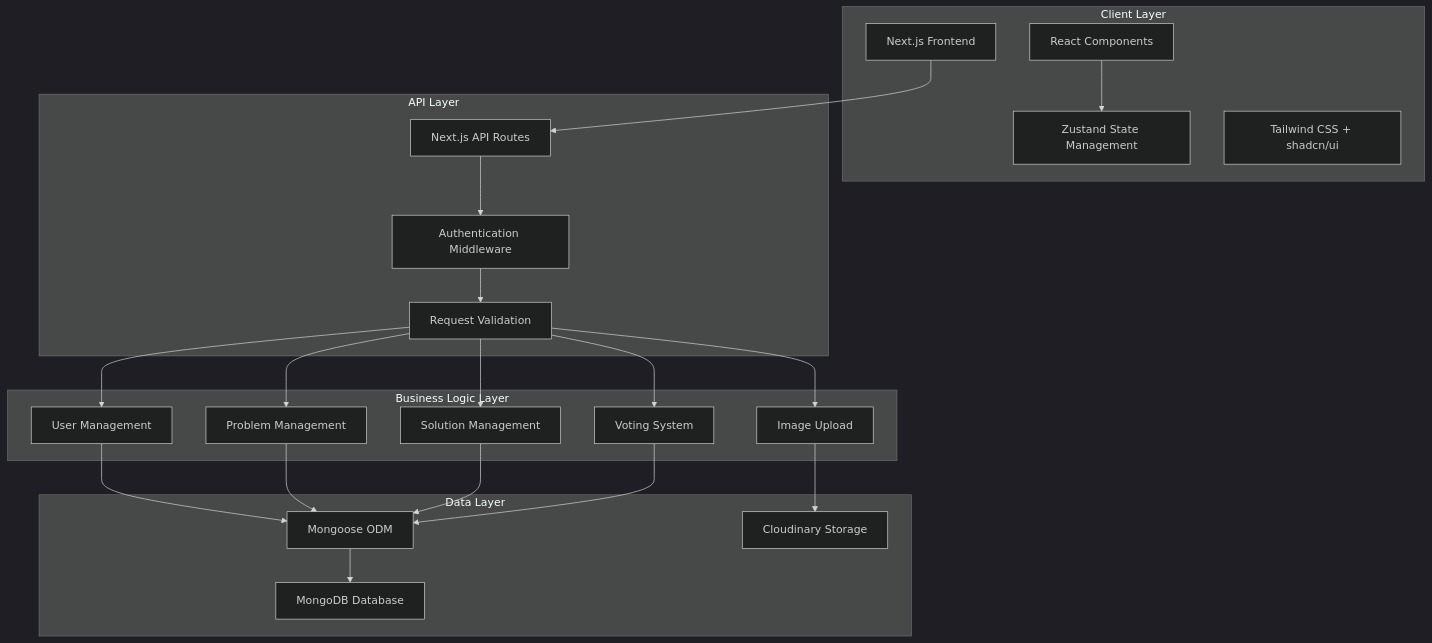
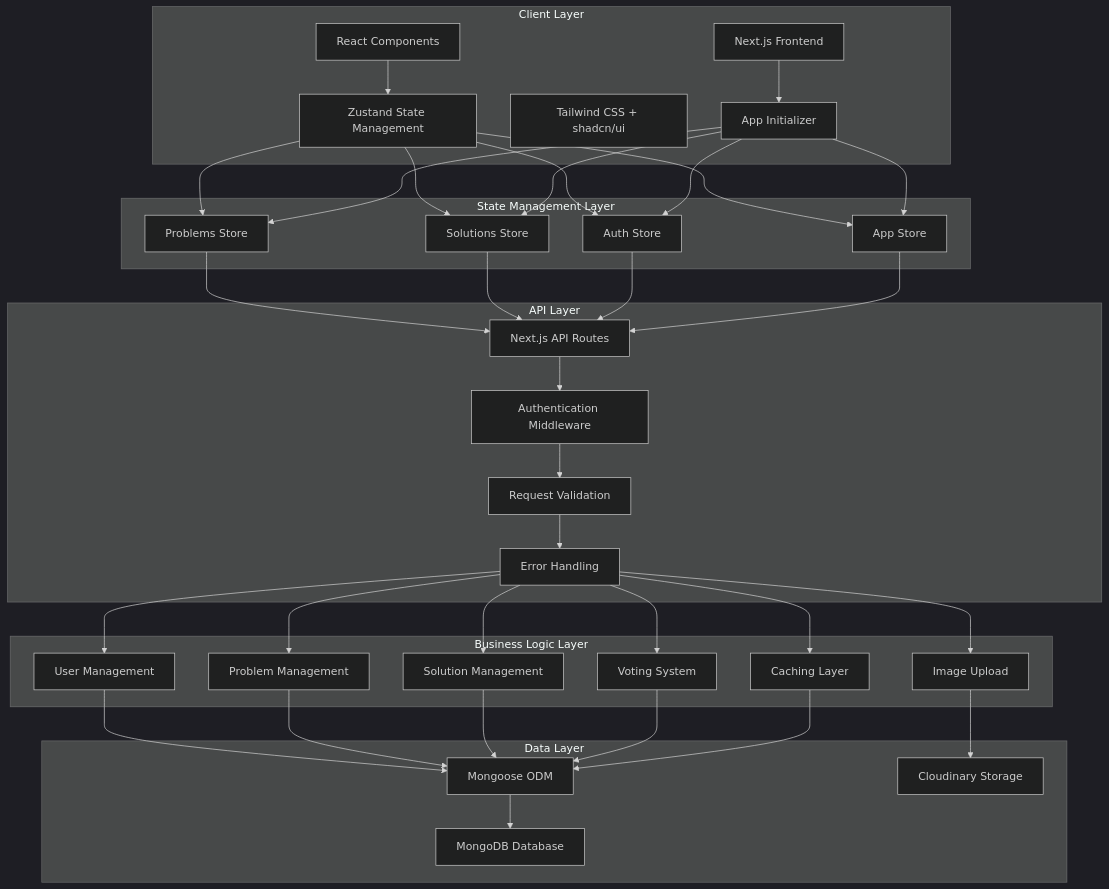
Before and after one commit to AmanUpadhyay1211/Crowd-Solve: the diagram in docs/ARCHITECTURE.md, drawn with Mermaid (dark theme). The commit also changed other lines of this file and 15 other files, not shown here.

````diff
--- a/docs/ARCHITECTURE.md
+++ b/docs/ARCHITECTURE.md
@@ -9,45 +9,70 @@
 ```mermaid
 graph TB
     subgraph "Client Layer"
         A[Next.js Frontend]
         B[React Components]
         C[Zustand State Management]
         D[Tailwind CSS + shadcn/ui]
+        E[App Initializer]
+    end
+    
+    subgraph "State Management Layer"
+        F[Problems Store]
+        G[Solutions Store]
+        H[Auth Store]
+        I[App Store]
     end
     
     subgraph "API Layer"
-        E[Next.js API Routes]
-        F[Authentication Middleware]
-        G[Request Validation]
+        J[Next.js API Routes]
+        K[Authentication Middleware]
+        L[Request Validation]
+        M[Error Handling]
     end
     
     subgraph "Business Logic Layer"
-        H[User Management]
-        I[Problem Management]
-        J[Solution Management]
-        K[Voting System]
-        L[Image Upload]
+        N[User Management]
+        O[Problem Management]
+        P[Solution Management]
+        Q[Voting System]
+        R[Image Upload]
+        S[Caching Layer]
     end
     
     subgraph "Data Layer"
-        M[MongoDB Database]
-        N[Mongoose ODM]
-        O[Cloudinary Storage]
+        T[MongoDB Database]
+        U[Mongoose ODM]
+        V[Cloudinary Storage]
     end
     
     A --> E
     B --> C
+    C --> F
+    C --> G
+    C --> H
+    C --> I
     E --> F
-    F --> G
-    G --> H
-    G --> I
+    E --> G
+    E --> H
+    E --> I
+    F --> J
     G --> J
-    G --> K
-    G --> L
-    H --> N
-    I --> N
-    J --> N
-    K --> N
-    L --> O
-    N --> M
+    H --> J
+    I --> J
+    J --> K
+    K --> L
+    L --> M
+    M --> N
+    M --> O
+    M --> P
+    M --> Q
+    M --> R
+    M --> S
+    N --> U
+    O --> U
+    P --> U
+    Q --> U
+    R --> V
+    S --> U
+    U --> T
 ```
````
